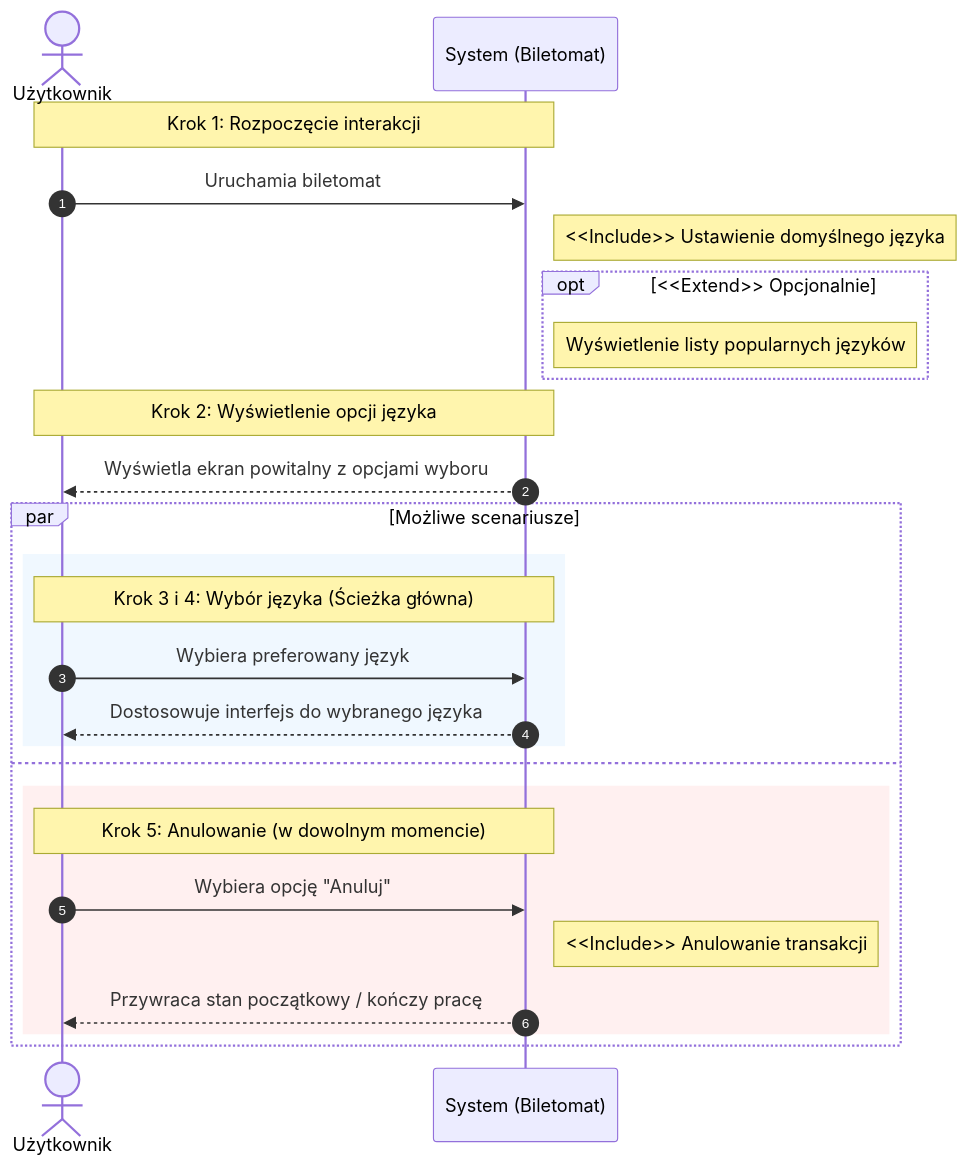
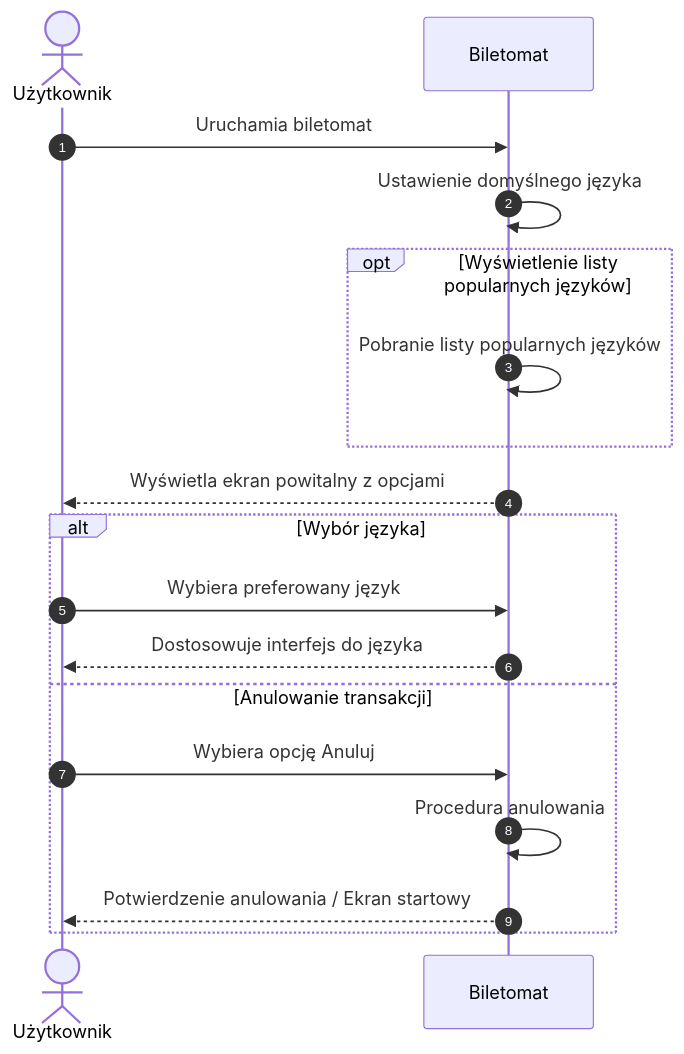
Before and after one commit to rufiix/laby_4: the fifth of 5 diagrams in uzytkownik.md, drawn with Mermaid.

Commit message:
Refactor sequence diagram for user interaction

````diff
--- a/uzytkownik.md
+++ b/uzytkownik.md
@@ -46,35 +46,26 @@
 ```mermaid
 sequenceDiagram
     autonumber
     actor U as Użytkownik
-    participant S as System (Biletomat)
+    participant S as Biletomat
 
-    Note over U, S: Krok 1: Rozpoczęcie interakcji
     U->>S: Uruchamia biletomat
-
-    Note right of S: <<Include>> Ustawienie domyślnego języka
     
-    opt <<Extend>> Opcjonalnie
-        Note right of S: Wyświetlenie listy popularnych języków
+    S->>S: Ustawienie domyślnego języka
+    
+    opt Wyświetlenie listy popularnych języków
+        S->>S: Pobranie listy popularnych języków
     end
 
-    Note over U, S: Krok 2: Wyświetlenie opcji języka
-    S-->>U: Wyświetla ekran powitalny z opcjami wyboru
+    S-->>U: Wyświetla ekran powitalny z opcjami
 
-    par Możliwe scenariusze
-        rect rgb(240, 248, 255)
-            Note over U, S: Krok 3 i 4: Wybór języka (Ścieżka główna)
-            U->>S: Wybiera preferowany język
-            S-->>U: Dostosowuje interfejs do wybranego języka
-        end
-    and
-        rect rgb(255, 240, 240)
-            Note over U, S: Krok 5: Anulowanie (w dowolnym momencie)
-            U->>S: Wybiera opcję "Anuluj"
-            Note right of S: <<Include>> Anulowanie transakcji
-            S-->>U: Przywraca stan początkowy / kończy pracę
-        end
+    alt Wybór języka
+        U->>S: Wybiera preferowany język
+        S-->>U: Dostosowuje interfejs do języka
+    else Anulowanie transakcji
+        U->>S: Wybiera opcję Anuluj
+        S->>S: Procedura anulowania
+        S-->>U: Potwierdzenie anulowania / Ekran startowy
     end
 
-
 ```
````
